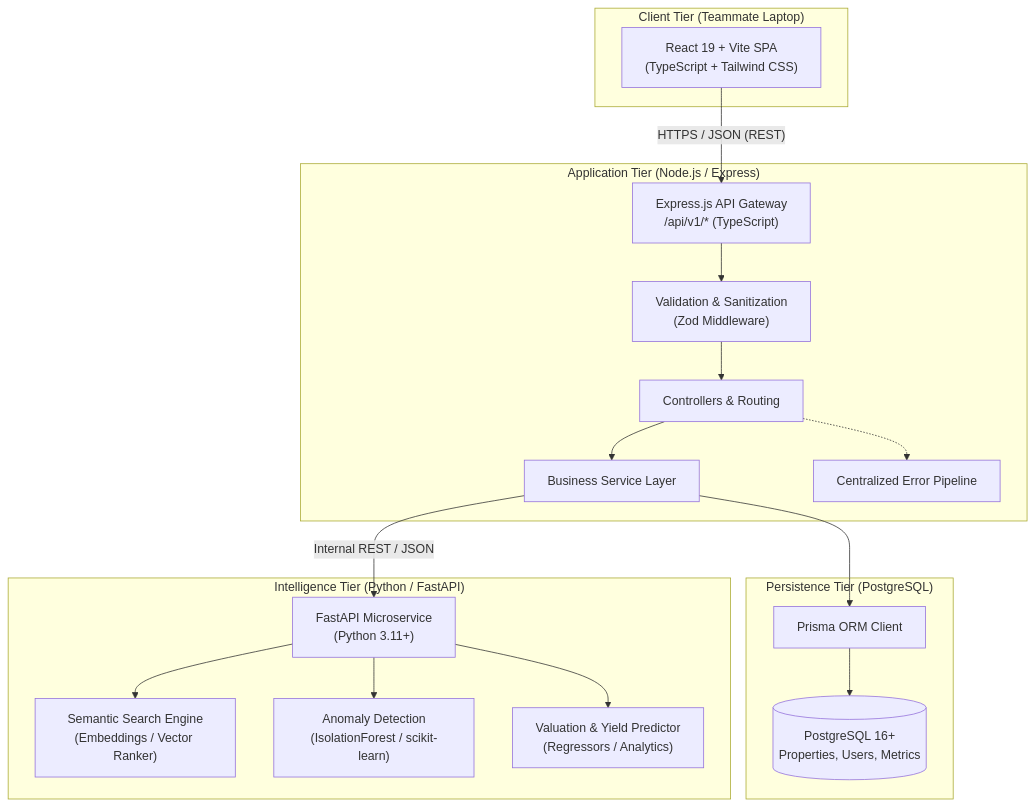
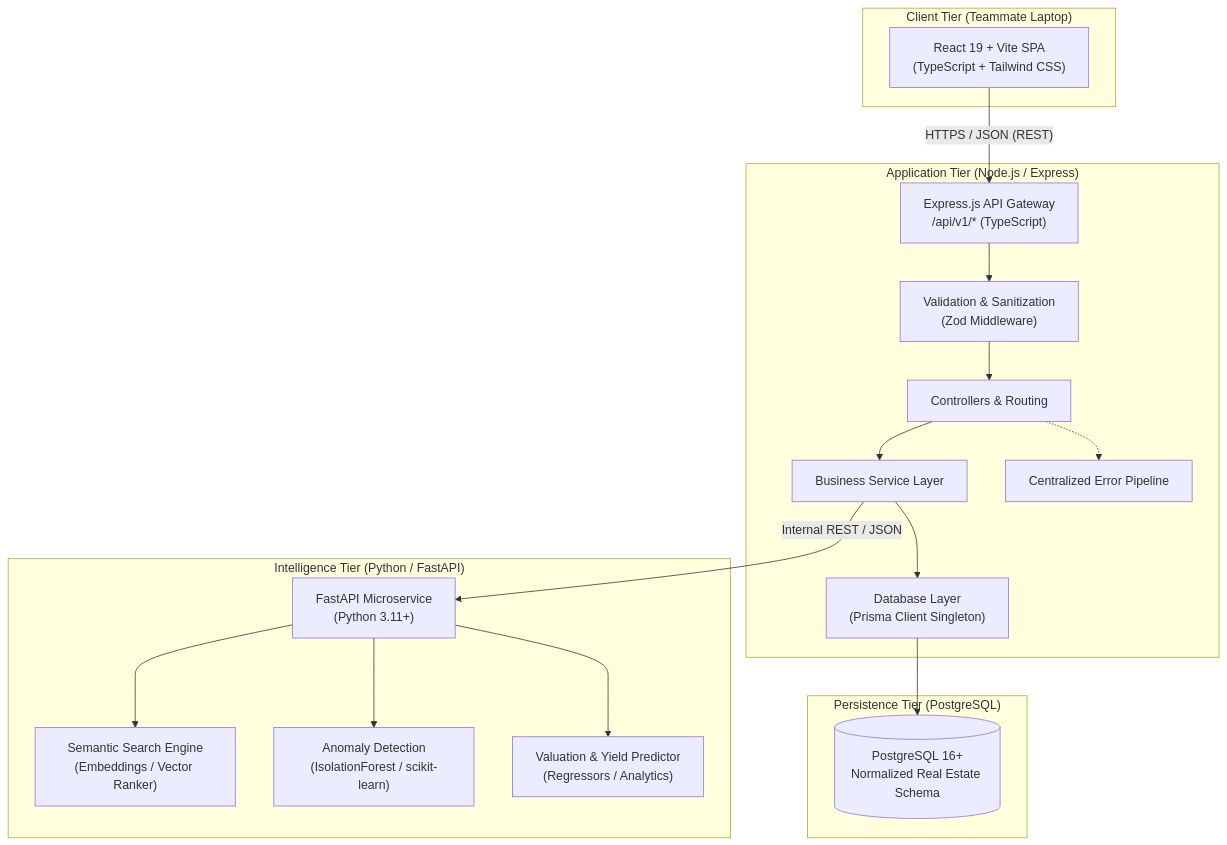
One commit to jayashreetk55-wq/propwise-ai changed the first of 2 diagrams in docs/ARCHITECTURE.md. Above: the diagram before and after it, drawn with Mermaid. The commit also changed other lines of this file and 24 other files, not shown here.

````diff
--- a/docs/ARCHITECTURE.md
+++ b/docs/ARCHITECTURE.md
@@ -27,37 +27,37 @@
 ```mermaid
 graph TB
     subgraph Client Tier ["Client Tier (Teammate Laptop)"]
         UI["React 19 + Vite SPA<br/>(TypeScript + Tailwind CSS)"]
     end
 
     subgraph Gateway & Core Backend ["Application Tier (Node.js / Express)"]
         API["Express.js API Gateway<br/>/api/v1/* (TypeScript)"]
         VAL["Validation & Sanitization<br/>(Zod Middleware)"]
         CTRL["Controllers & Routing"]
         SRV["Business Service Layer"]
+        DBMOD["Database Layer<br/>(Prisma Client Singleton)"]
         ERR["Centralized Error Pipeline"]
         
-        API --> VAL --> CTRL --> SRV
+        API --> VAL --> CTRL --> SRV --> DBMOD
         CTRL -.-> ERR
     end
 
     subgraph Data Tier ["Persistence Tier (PostgreSQL)"]
-        ORM["Prisma ORM Client"]
-        DB[("PostgreSQL 16+<br/>Properties, Users, Metrics")]
-        SRV --> ORM --> DB
+        DB[("PostgreSQL 16+<br/>Normalized Real Estate Schema")]
+        DBMOD --> DB
     end
 
     subgraph AI Service Tier ["Intelligence Tier (Python / FastAPI)"]
-        Fклон["FastAPI Microservice<br/>(Python 3.11+)"]
+        FAST["FastAPI Microservice<br/>(Python 3.11+)"]
         NLP["Semantic Search Engine<br/>(Embeddings / Vector Ranker)"]
         ANOM["Anomaly Detection<br/>(IsolationForest / scikit-learn)"]
         VALU["Valuation & Yield Predictor<br/>(Regressors / Analytics)"]
         
-        SRV -- "Internal REST / JSON" --> Fклон
-        Fклон --> NLP
-        Fклон --> ANOM
-        Fклон --> VALU
+        SRV -- "Internal REST / JSON" --> FAST
+        FAST --> NLP
+        FAST --> ANOM
+        FAST --> VALU
     end
 
     UI -- "HTTPS / JSON (REST)" --> API
 ```
````
